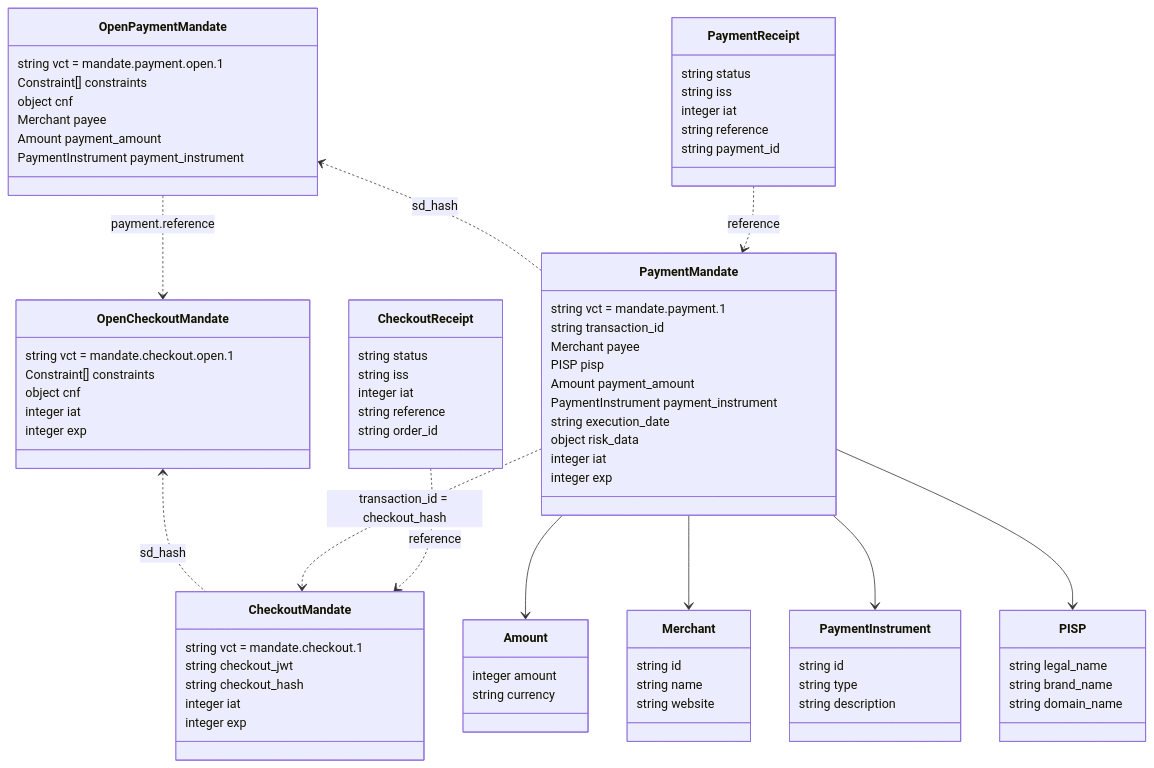
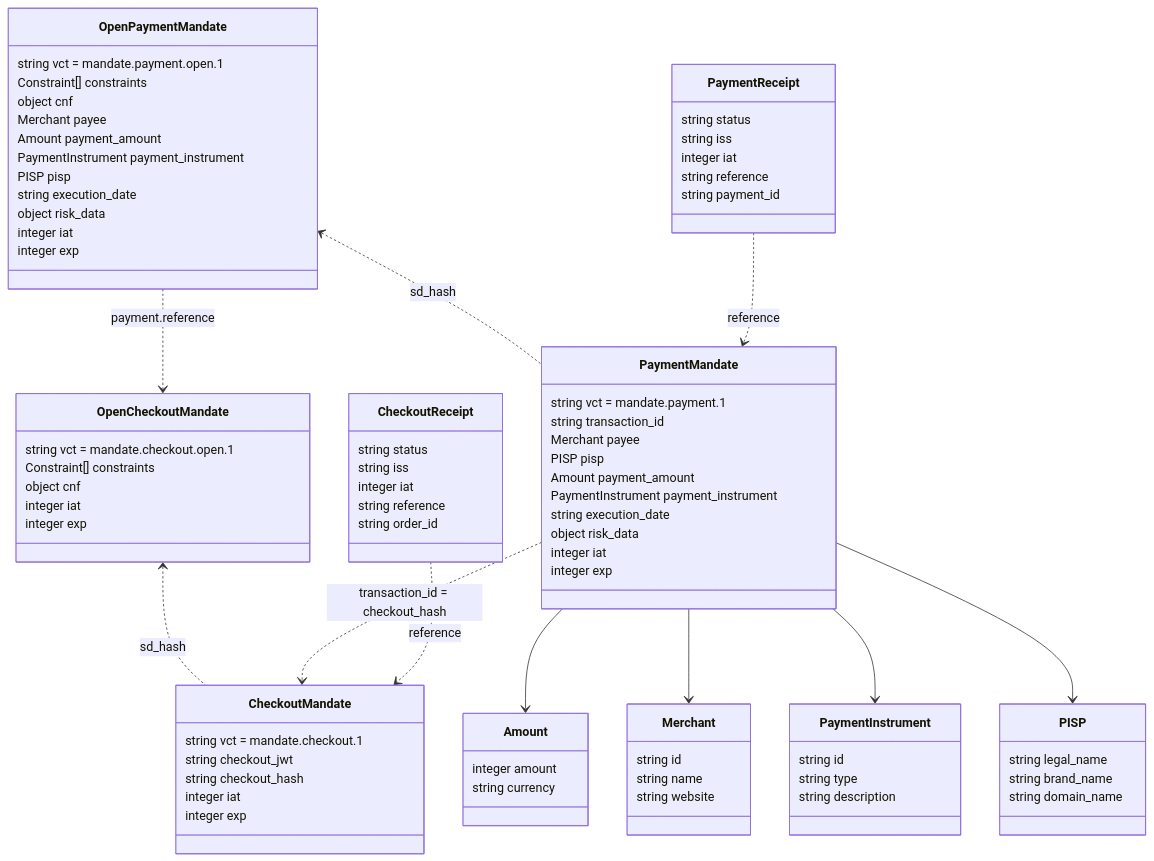
Before and after one commit to mercesAI/agentic-rails-atlas: the diagram in src/content/diagrams/ap2-data-model.mmd, drawn with Mermaid. The commit also changed 74 other files, not shown here.

Commit message:
fix(content): full AP2 fact check with FIDO timeline and publication corrections

```diff
--- a/src/content/diagrams/ap2-data-model.mmd
+++ b/src/content/diagrams/ap2-data-model.mmd
@@ -1,78 +1,83 @@
 classDiagram
   class CheckoutMandate {
     string vct = mandate.checkout.1
     string checkout_jwt
     string checkout_hash
     integer iat
     integer exp
   }
   class OpenCheckoutMandate {
     string vct = mandate.checkout.open.1
     Constraint[] constraints
     object cnf
     integer iat
     integer exp
   }
   class PaymentMandate {
     string vct = mandate.payment.1
     string transaction_id
     Merchant payee
     PISP pisp
     Amount payment_amount
     PaymentInstrument payment_instrument
     string execution_date
     object risk_data
     integer iat
     integer exp
   }
   class OpenPaymentMandate {
     string vct = mandate.payment.open.1
     Constraint[] constraints
     object cnf
     Merchant payee
     Amount payment_amount
     PaymentInstrument payment_instrument
+    PISP pisp
+    string execution_date
+    object risk_data
+    integer iat
+    integer exp
   }
   class Amount {
     integer amount
     string currency
   }
   class Merchant {
     string id
     string name
     string website
   }
   class PaymentInstrument {
     string id
     string type
     string description
   }
   class PISP {
     string legal_name
     string brand_name
     string domain_name
   }
   class PaymentReceipt {
     string status
     string iss
     integer iat
     string reference
     string payment_id
   }
   class CheckoutReceipt {
     string status
     string iss
     integer iat
     string reference
     string order_id
   }
   OpenCheckoutMandate <.. CheckoutMandate : sd_hash
   OpenPaymentMandate <.. PaymentMandate : sd_hash
   OpenPaymentMandate ..> OpenCheckoutMandate : payment.reference
   PaymentMandate ..> CheckoutMandate : transaction_id = checkout_hash
   PaymentMandate --> Amount
   PaymentMandate --> Merchant
   PaymentMandate --> PaymentInstrument
   PaymentMandate --> PISP
   PaymentReceipt ..> PaymentMandate : reference
   CheckoutReceipt ..> CheckoutMandate : reference
```
